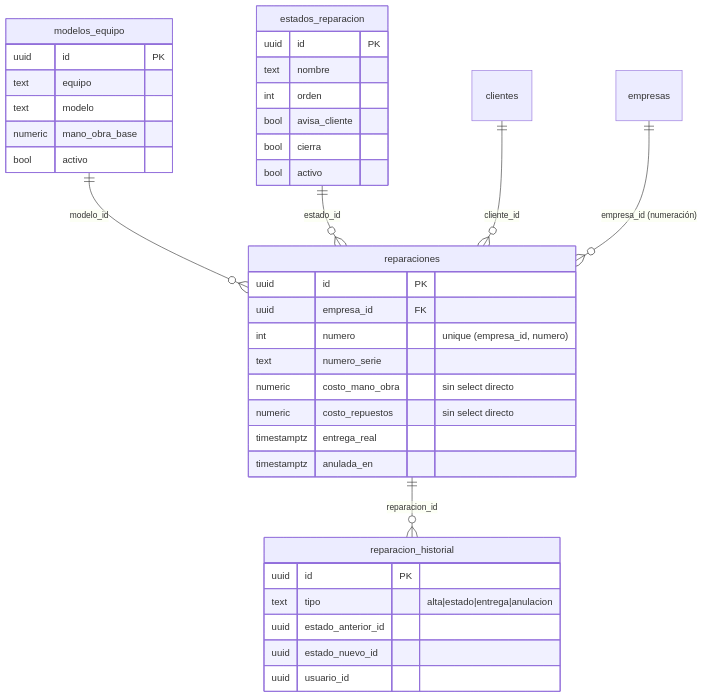
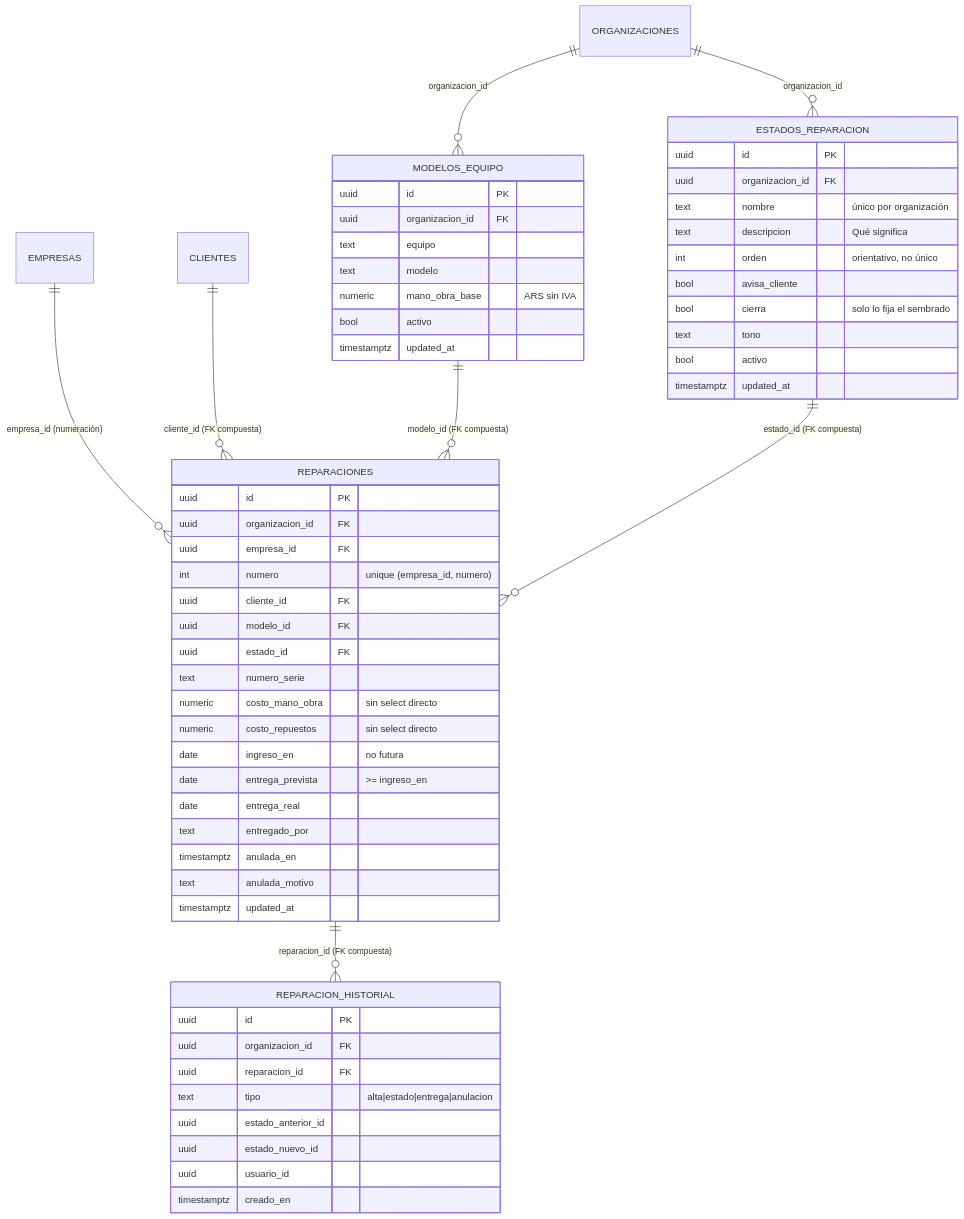
The ninth of 20 diagrams in docs/tecnico/datos.md (nicolasjones/multistorefront-meli), drawn with Mermaid before and after one commit. The commit also changed other lines of this file and 17 other files, not shown here.

````diff
--- a/docs/tecnico/datos.md
+++ b/docs/tecnico/datos.md
@@ -501,32 +516,52 @@
 ```mermaid
 erDiagram
-  modelos_equipo ||--o{ reparaciones : "modelo_id"
-  estados_reparacion ||--o{ reparaciones : "estado_id"
-  clientes ||--o{ reparaciones : "cliente_id"
-  empresas ||--o{ reparaciones : "empresa_id (numeración)"
-  reparaciones ||--o{ reparacion_historial : "reparacion_id"
-  modelos_equipo { uuid id PK
+  ORGANIZACIONES ||--o{ MODELOS_EQUIPO : "organizacion_id"
+  ORGANIZACIONES ||--o{ ESTADOS_REPARACION : "organizacion_id"
+  EMPRESAS ||--o{ REPARACIONES : "empresa_id (numeración)"
+  CLIENTES ||--o{ REPARACIONES : "cliente_id (FK compuesta)"
+  MODELOS_EQUIPO ||--o{ REPARACIONES : "modelo_id (FK compuesta)"
+  ESTADOS_REPARACION ||--o{ REPARACIONES : "estado_id (FK compuesta)"
+  REPARACIONES ||--o{ REPARACION_HISTORIAL : "reparacion_id (FK compuesta)"
+  MODELOS_EQUIPO { uuid id PK
+    uuid organizacion_id FK
     text equipo
     text modelo
-    numeric mano_obra_base
-    bool activo }
-  estados_reparacion { uuid id PK
-    text nombre
-    int orden
+    numeric mano_obra_base "ARS sin IVA"
+    bool activo
+    timestamptz updated_at }
+  ESTADOS_REPARACION { uuid id PK
+    uuid organizacion_id FK
+    text nombre "único por organización"
+    text descripcion "Qué significa"
+    int orden "orientativo, no único"
     bool avisa_cliente
-    bool cierra
-    bool activo }
-  reparaciones { uuid id PK
+    bool cierra "solo lo fija el sembrado"
+    text tono
+    bool activo
+    timestamptz updated_at }
+  REPARACIONES { uuid id PK
+    uuid organizacion_id FK
     uuid empresa_id FK
     int numero "unique (empresa_id, numero)"
+    uuid cliente_id FK
+    uuid modelo_id FK
+    uuid estado_id FK
     text numero_serie
     numeric costo_mano_obra "sin select directo"
     numeric costo_repuestos "sin select directo"
-    timestamptz entrega_real
-    timestamptz anulada_en }
-  reparacion_historial { uuid id PK
+    date ingreso_en "no futura"
+    date entrega_prevista ">= ingreso_en"
+    date entrega_real
+    text entregado_por
+    timestamptz anulada_en
+    text anulada_motivo
+    timestamptz updated_at }
+  REPARACION_HISTORIAL { uuid id PK
+    uuid organizacion_id FK
+    uuid reparacion_id FK
     text tipo "alta|estado|entrega|anulacion"
     uuid estado_anterior_id
     uuid estado_nuevo_id
-    uuid usuario_id }
+    uuid usuario_id
+    timestamptz creado_en }
 ```
````
